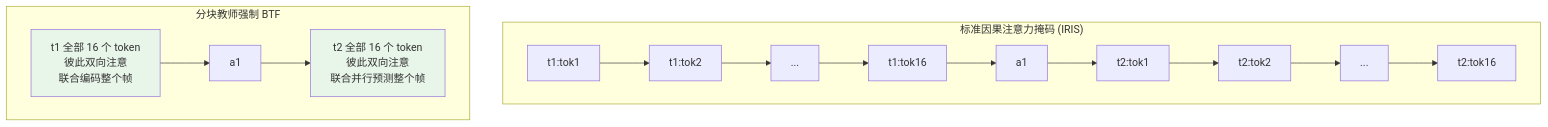
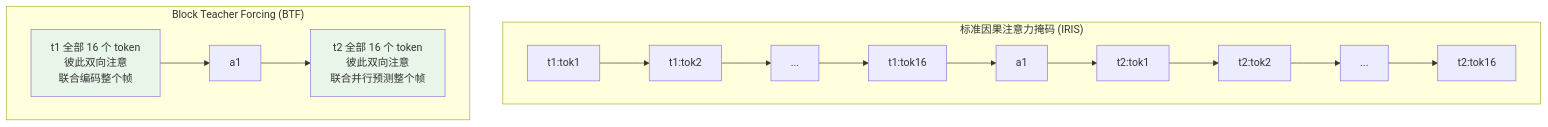
The eighth of 8 diagrams in blogs/world-models-survey.md (liuwwei3/liuwwei3.github.io), drawn with Mermaid before and after one commit. The commit also changed other lines of this file, not shown here.

Commit message:
§6.5.3: replace '分块教师强制' with 'Block Teacher Forcing' throughout (heading, definition, Mermaid)

````diff
--- a/blogs/world-models-survey.md
+++ b/blogs/world-models-survey.md
@@ -1294,18 +1294,18 @@
 ```mermaid
 graph TB
     subgraph StandardCausal["标准因果注意力掩码 (IRIS)"]
         direction LR
         T1_1["t1:tok1"] --> T1_2["t1:tok2"] --> T1_dots["..."] --> T1_16["t1:tok16"]
         T1_16 --> Act1["a1"]
         Act1 --> T2_1["t2:tok1"] --> T2_2["t2:tok2"] --> T2_dots["..."] --> T2_16["t2:tok16"]
     end
 
-    subgraph BTF["分块教师强制 BTF"]
+    subgraph BTF["Block Teacher Forcing (BTF)"]
         direction LR
         BLOCK1["t1 全部 16 个 token<br/>彼此双向注意<br/>联合编码整个帧"] --> Act1B["a1"]
         Act1B --> BLOCK2["t2 全部 16 个 token<br/>彼此双向注意<br/>联合并行预测整个帧"]
     end
 
     style BLOCK1 fill:#e8f5e9
     style BLOCK2 fill:#e8f5e9
 ```
````
